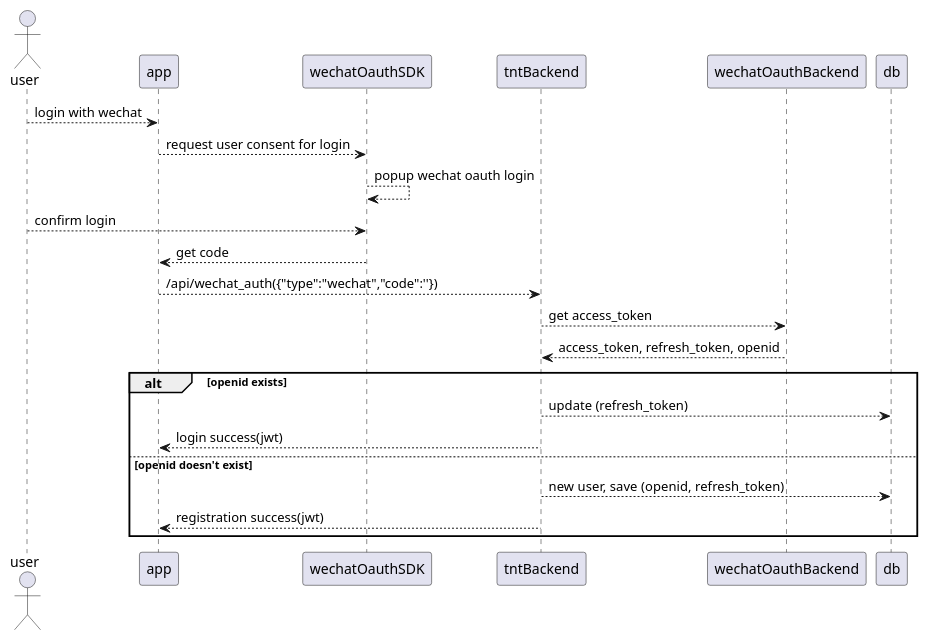
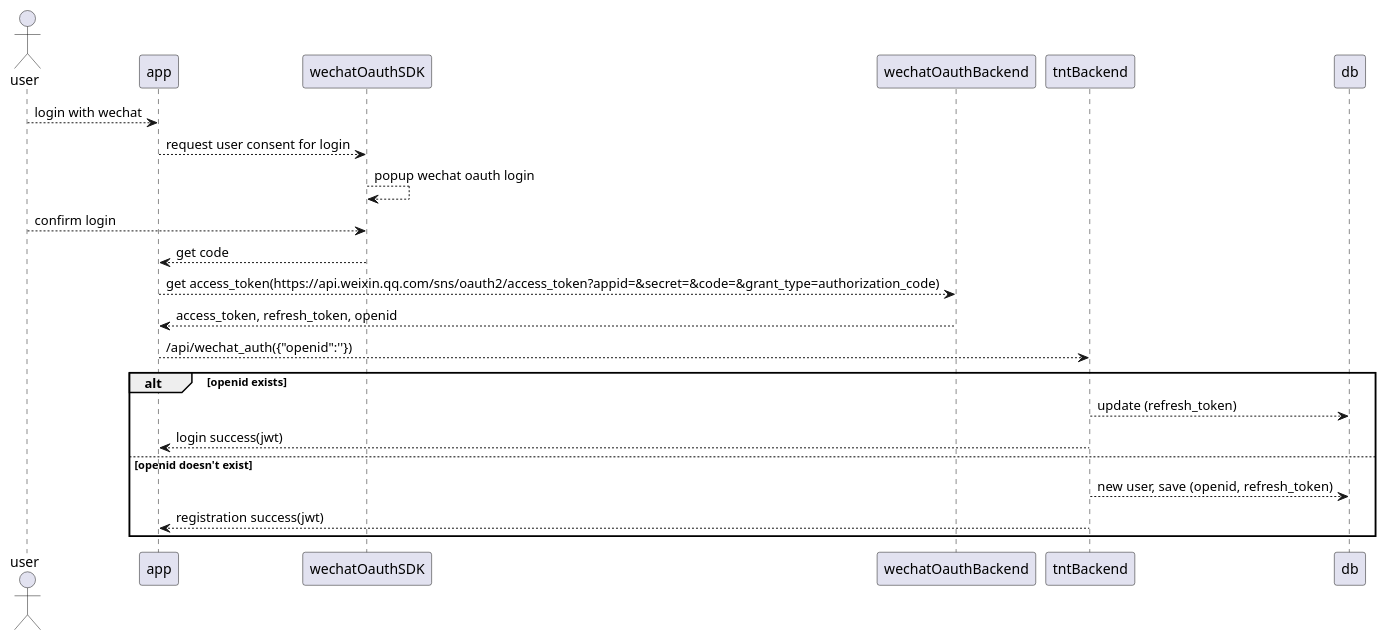
Before and after one commit to zi-yang-zhang/tnt-backend: the diagram in wechat_auth.puml, drawn with PlantUML. The commit also changed 2 other files, not shown here.

```diff
--- a/wechat_auth.puml
+++ b/wechat_auth.puml
@@ -1,18 +1,18 @@
 @startuml
 actor user
 user --> app: login with wechat
 app --> wechatOauthSDK :request user consent for login
 wechatOauthSDK --> wechatOauthSDK:popup wechat oauth login
 user --> wechatOauthSDK: confirm login
 wechatOauthSDK --> app: get code
-app --> tntBackend:/api/wechat_auth({"type":"wechat","code":''})
-tntBackend --> wechatOauthBackend: get access_token
-wechatOauthBackend --> tntBackend: access_token, refresh_token, openid
+app --> wechatOauthBackend: get access_token(https://api.weixin.qq.com/sns/oauth2/access_token?appid=&secret=&code=&grant_type=authorization_code)
+wechatOauthBackend --> app: access_token, refresh_token, openid
+app --> tntBackend:/api/wechat_auth({"openid":''})
 alt openid exists
 tntBackend --> db:update (refresh_token)
 tntBackend --> app:login success(jwt)
 else openid doesn't exist
 tntBackend --> db:new user, save (openid, refresh_token)
 tntBackend --> app:registration success(jwt)
 end
 @enduml
```
